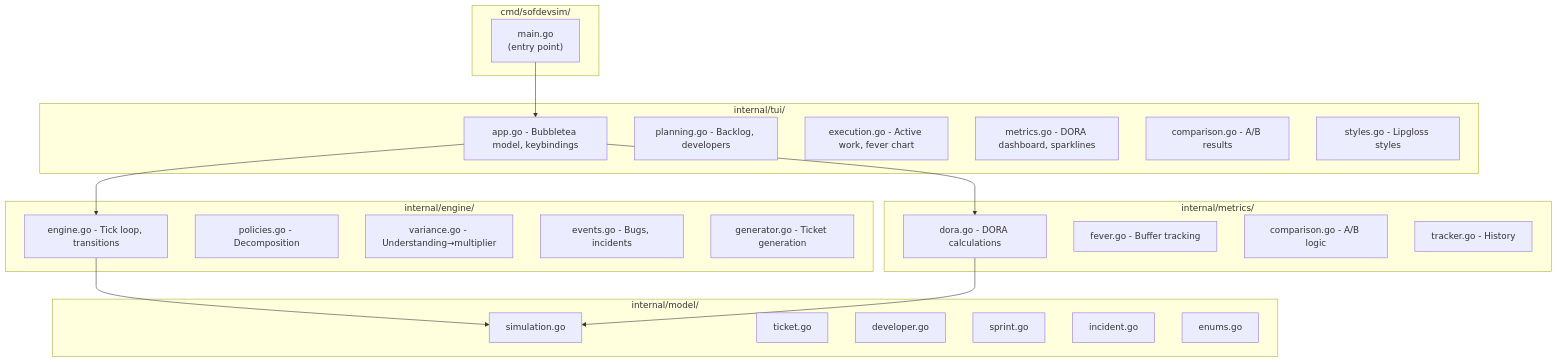
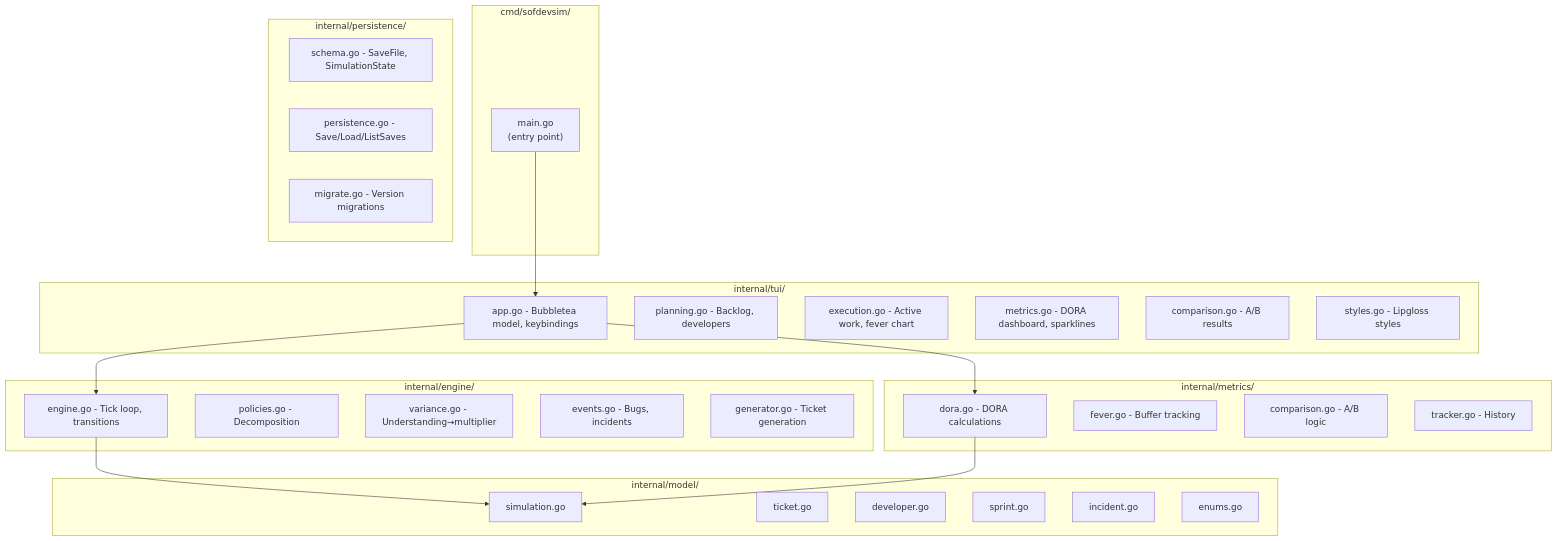
One commit to binaryphile/sofdevsim-2026 changed the third of 8 diagrams in docs/design.md. Above: the diagram before and after it, drawn with Mermaid. The commit also changed other lines of this file and 2 other files, not shown here.

First line of the commit message:
Update docs: add persistence architecture, header bar, check off roadmap

````diff
--- a/docs/design.md
+++ b/docs/design.md
@@ -185,45 +185,51 @@
 ```mermaid
 flowchart TD
     subgraph cmd["cmd/sofdevsim/"]
         main["main.go<br/>(entry point)"]
     end
 
     subgraph tui["internal/tui/"]
         app["app.go - Bubbletea model, keybindings"]
         planning["planning.go - Backlog, developers"]
         execution["execution.go - Active work, fever chart"]
         metrics_view["metrics.go - DORA dashboard, sparklines"]
         comparison_view["comparison.go - A/B results"]
         styles["styles.go - Lipgloss styles"]
+    end
+
+    subgraph persistence["internal/persistence/"]
+        schema["schema.go - SaveFile, SimulationState"]
+        persist["persistence.go - Save/Load/ListSaves"]
+        migrate["migrate.go - Version migrations"]
     end
 
     subgraph engine["internal/engine/"]
         engine_go["engine.go - Tick loop, transitions"]
         policies["policies.go - Decomposition"]
         variance["variance.go - Understanding→multiplier"]
         events["events.go - Bugs, incidents"]
         generator["generator.go - Ticket generation"]
     end
 
     subgraph metrics["internal/metrics/"]
         dora["dora.go - DORA calculations"]
         fever["fever.go - Buffer tracking"]
         comparison_logic["comparison.go - A/B logic"]
         tracker["tracker.go - History"]
     end
 
     subgraph model["internal/model/"]
         simulation["simulation.go"]
         ticket["ticket.go"]
         developer["developer.go"]
         sprint["sprint.go"]
         incident["incident.go"]
         enums["enums.go"]
     end
 
     main --> app
     app --> engine_go
     app --> dora
     engine_go --> simulation
     dora --> simulation
 ```
````
